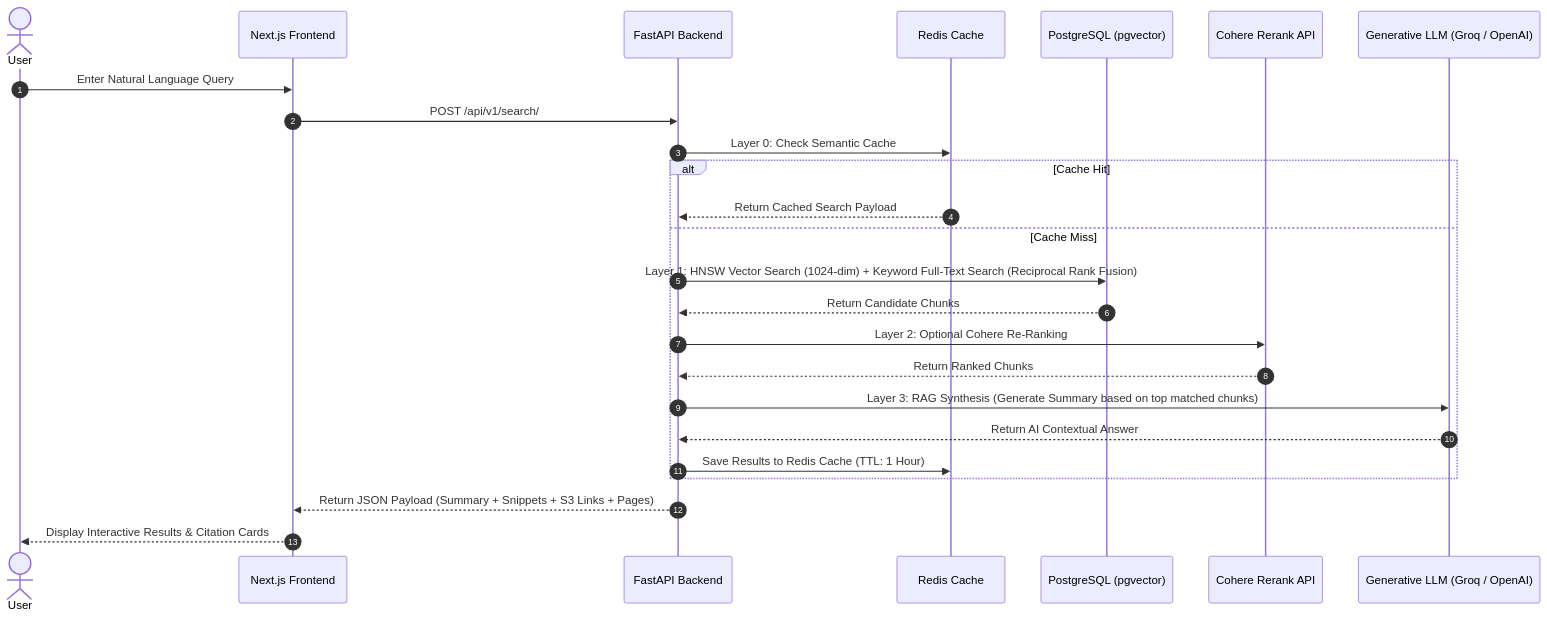
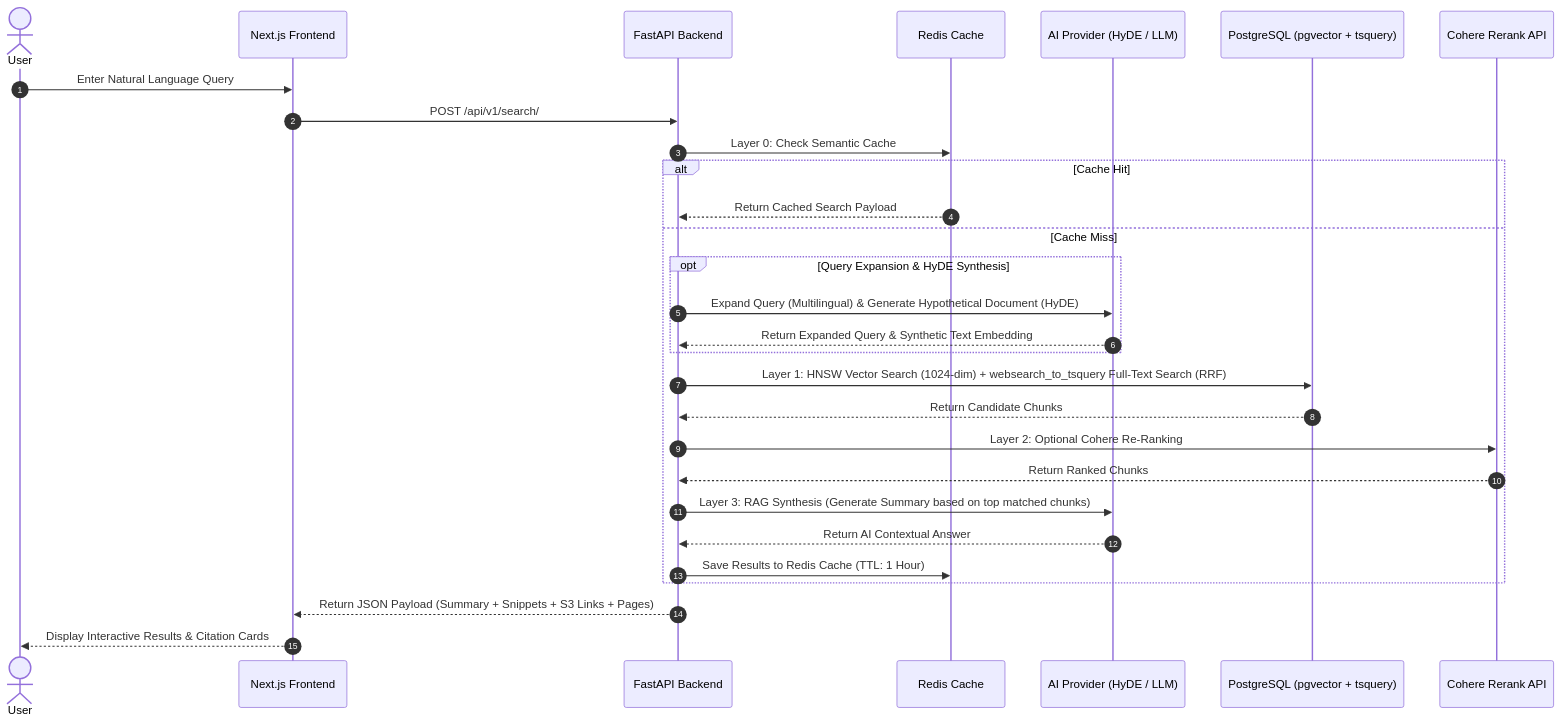
Before and after one commit to gaurav-chaudhari-sdms-493/DMS: the second of 2 diagrams in docs/SYSTEM_ARCHITECTURE.md, drawn with Mermaid. The commit also changed other lines of this file and 6 other files, not shown here.

````diff
--- a/docs/SYSTEM_ARCHITECTURE.md
+++ b/docs/SYSTEM_ARCHITECTURE.md
@@ -138,30 +139,34 @@
 ```mermaid
 sequenceDiagram
     autonumber
     actor User
     participant Frontend as Next.js Frontend
     participant API as FastAPI Backend
     participant Cache as Redis Cache
-    participant DB as PostgreSQL (pgvector)
+    participant LLM as AI Provider (HyDE / LLM)
+    participant DB as PostgreSQL (pgvector + tsquery)
     participant Rerank as Cohere Rerank API
-    participant LLM as Generative LLM (Groq / OpenAI)
 
     User->>Frontend: Enter Natural Language Query
     Frontend->>API: POST /api/v1/search/
     
     API->>Cache: Layer 0: Check Semantic Cache
     alt Cache Hit
         Cache-->>API: Return Cached Search Payload
     else Cache Miss
-        API->>DB: Layer 1: HNSW Vector Search (1024-dim) + Keyword Full-Text Search (Reciprocal Rank Fusion)
+        opt Query Expansion & HyDE Synthesis
+            API->>LLM: Expand Query (Multilingual) & Generate Hypothetical Document (HyDE)
+            LLM-->>API: Return Expanded Query & Synthetic Text Embedding
+        end
+        API->>DB: Layer 1: HNSW Vector Search (1024-dim) + websearch_to_tsquery Full-Text Search (RRF)
         DB-->>API: Return Candidate Chunks
         API->>Rerank: Layer 2: Optional Cohere Re-Ranking
         Rerank-->>API: Return Ranked Chunks
         API->>LLM: Layer 3: RAG Synthesis (Generate Summary based on top matched chunks)
         LLM-->>API: Return AI Contextual Answer
         API->>Cache: Save Results to Redis Cache (TTL: 1 Hour)
     end
     
     API-->>Frontend: Return JSON Payload (Summary + Snippets + S3 Links + Pages)
     Frontend-->>User: Display Interactive Results & Citation Cards
 ```
````
